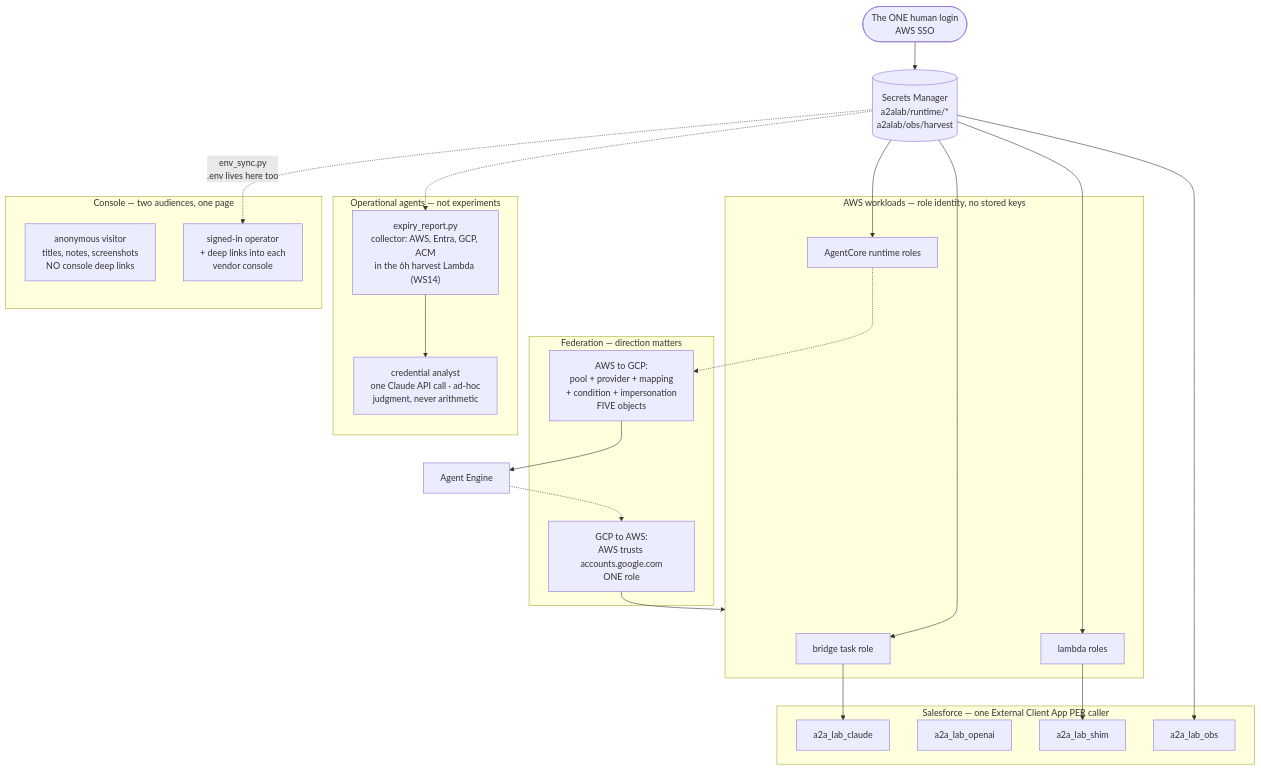
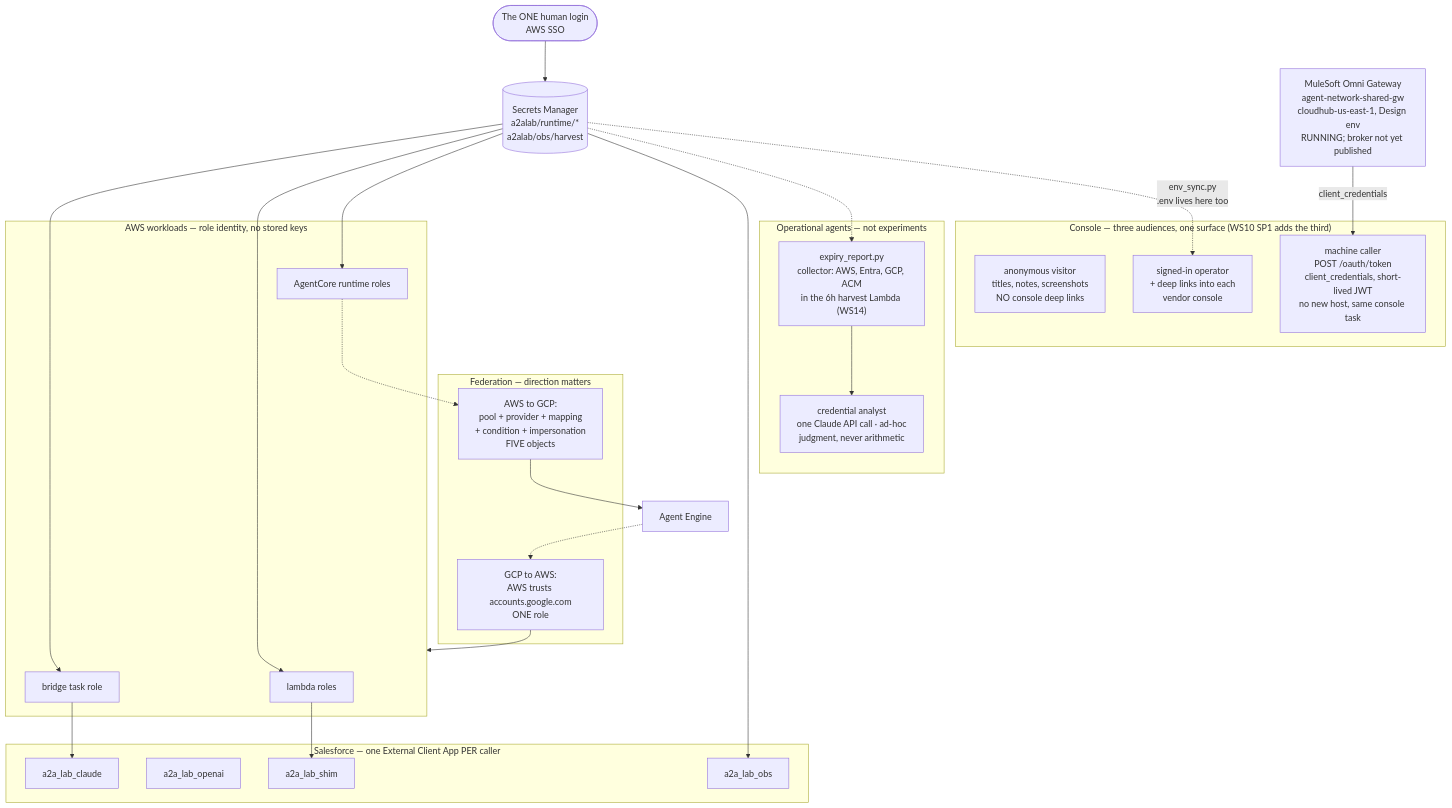
Before and after one commit to congmingwudi/a2a-lab: the sixth of 11 diagrams in plan/09-deployment-map.md, drawn with Mermaid. The commit also changed other lines of this file and 3 other files, not shown here.

Commit message:
WS10 SP1: deployment map, diagrams, console copy, delivery-record item lines

````diff
--- a/plan/09-deployment-map.md
+++ b/plan/09-deployment-map.md
@@ -382,46 +382,50 @@
 ```mermaid
 flowchart TB
   HUMAN(["The ONE human login<br/>AWS SSO"])
   HUMAN --> SM[("Secrets Manager<br/>a2alab/runtime/*<br/>a2alab/obs/harvest")]
 
   subgraph AWSID["AWS workloads — role identity, no stored keys"]
     TR["bridge task role"]
     LR["lambda roles"]
     AR["AgentCore runtime roles"]
   end
   SM --> TR
   SM --> LR
   SM --> AR
 
   subgraph SFID["Salesforce — one External Client App PER caller"]
     E1["a2a_lab_claude"]
     E2["a2a_lab_openai"]
     E3["a2a_lab_shim"]
     E4["a2a_lab_obs"]
   end
   TR --> E1
   LR --> E3
   SM --> E4
 
   subgraph FED["Federation — direction matters"]
     G2A["GCP to AWS:<br/>AWS trusts accounts.google.com<br/>ONE role"]
     A2G["AWS to GCP:<br/>pool + provider + mapping<br/>+ condition + impersonation<br/>FIVE objects"]
   end
   AR -.-> A2G
   A2G --> ADKX["Agent Engine"]
   ADKX -.-> G2A
   G2A --> AWSID
 
   subgraph OPS["Operational agents — not experiments"]
     EXP["expiry_report.py<br/>collector: AWS, Entra, GCP, ACM<br/>in the 6h harvest Lambda (WS14)"]
     CANA["credential analyst<br/>one Claude API call · ad-hoc<br/>judgment, never arithmetic"]
     EXP --> CANA
   end
   SM -.-> EXP
 
-  subgraph PUB["Console — two audiences, one page"]
+  subgraph PUB["Console — three audiences, one surface (WS10 SP1 adds the third)"]
     ANON["anonymous visitor<br/>titles, notes, screenshots<br/>NO console deep links"]
     OPER["signed-in operator<br/>+ deep links into each<br/>vendor console"]
+    MACH["machine caller<br/>POST /oauth/token<br/>client_credentials, short-lived JWT<br/>no new host, same console task"]
   end
   SM -.->|"env_sync.py<br/>.env lives here too"| OPER
+
+  MULE["MuleSoft Omni Gateway<br/>agent-network-shared-gw<br/>cloudhub-us-east-1, Design env<br/>RUNNING; broker not yet published"]
+  MULE -->|"client_credentials"| MACH
 ```
````
